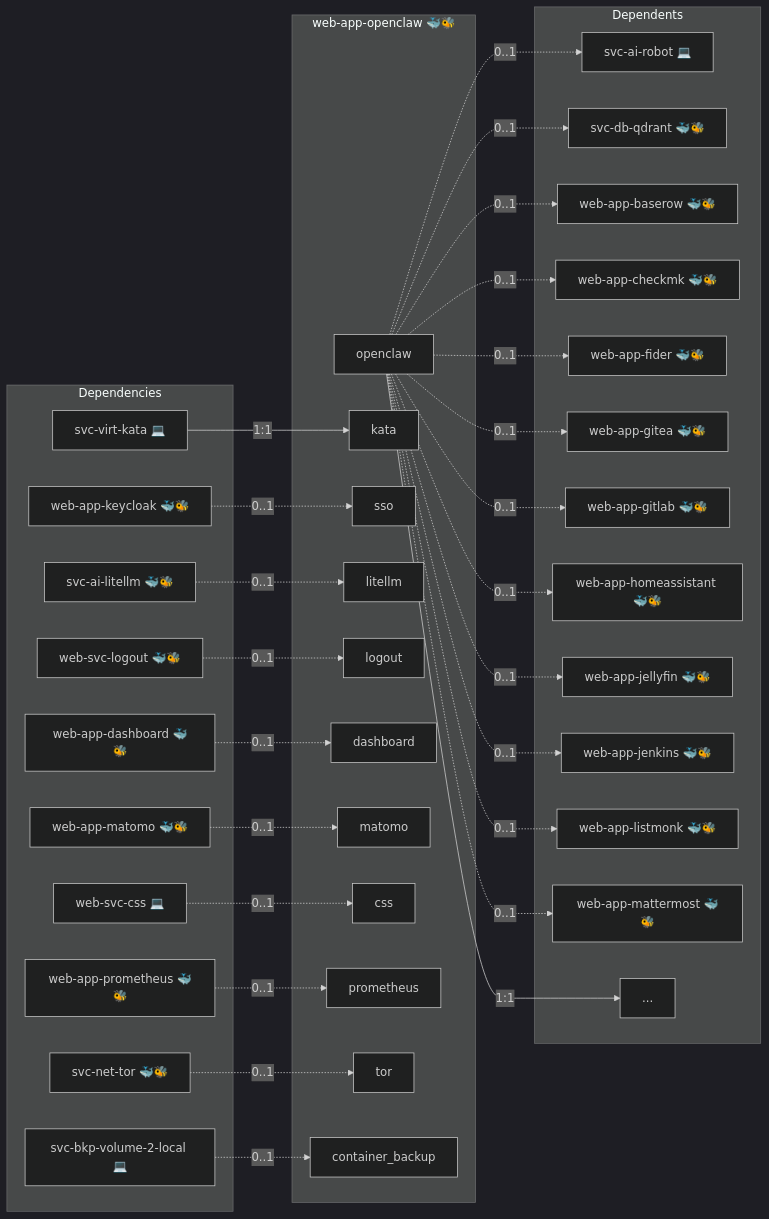
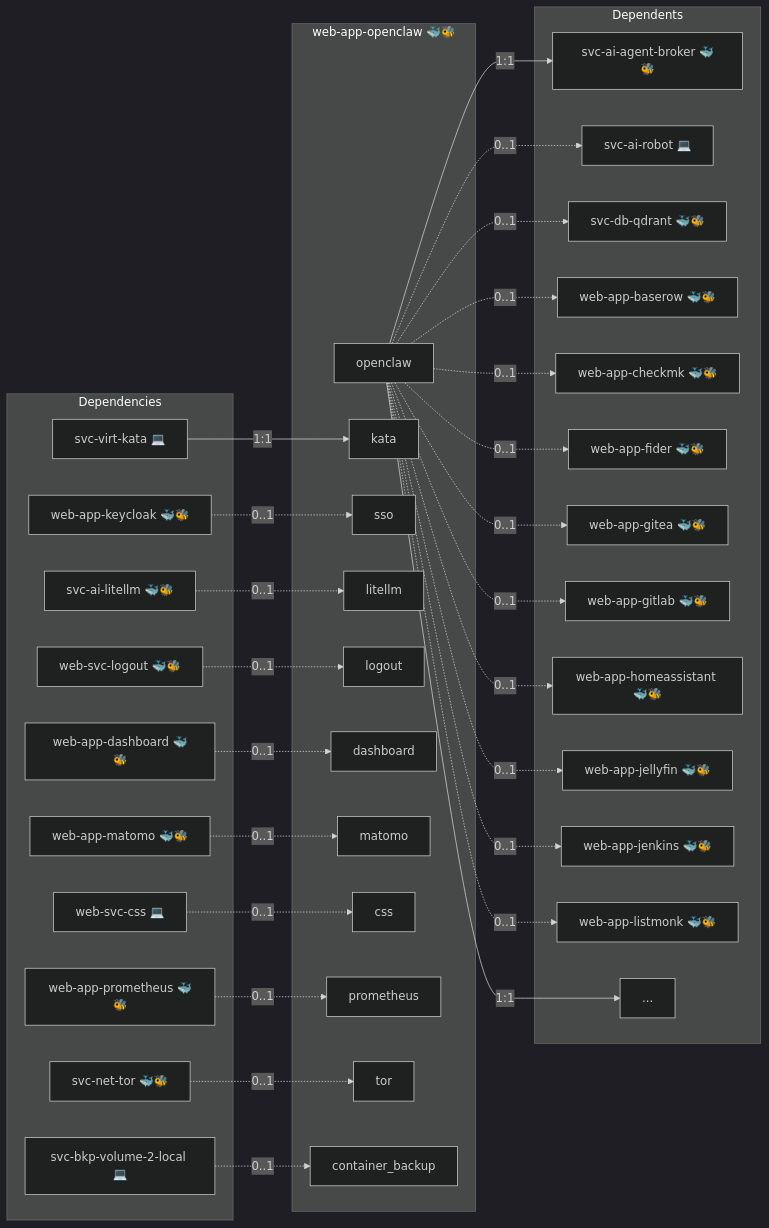
The diagram in roles/web-app-openclaw/README.md (infinito-nexus/core), drawn with Mermaid (dark theme) before and after one commit. The commit also changed 5 other files, not shown here.

````diff
--- a/roles/web-app-openclaw/README.md
+++ b/roles/web-app-openclaw/README.md
@@ -15,66 +15,66 @@
 ```mermaid
 flowchart LR
     subgraph deps [Dependencies]
         dep_svc_ai_litellm["svc-ai-litellm 🐳🐝"]
         dep_svc_bkp_volume_2_local["svc-bkp-volume-2-local 💻"]
         dep_svc_net_tor["svc-net-tor 🐳🐝"]
         dep_svc_virt_kata["svc-virt-kata 💻"]
         dep_web_app_dashboard["web-app-dashboard 🐳🐝"]
         dep_web_app_keycloak["web-app-keycloak 🐳🐝"]
         dep_web_app_matomo["web-app-matomo 🐳🐝"]
         dep_web_app_prometheus["web-app-prometheus 🐳🐝"]
         dep_web_svc_css["web-svc-css 💻"]
         dep_web_svc_logout["web-svc-logout 🐳🐝"]
     end
     subgraph role [web-app-openclaw 🐳🐝]
         svc_openclaw["openclaw"]
         svc_kata["kata"]
         svc_sso["sso"]
         svc_litellm["litellm"]
         svc_logout["logout"]
         svc_dashboard["dashboard"]
         svc_matomo["matomo"]
         svc_css["css"]
         svc_prometheus["prometheus"]
         svc_tor["tor"]
         svc_container_backup["container_backup"]
     end
     subgraph dependents [Dependents]
+        dpt_svc_ai_agent_broker["svc-ai-agent-broker 🐳🐝"]
         dpt_svc_ai_robot["svc-ai-robot 💻"]
         dpt_svc_db_qdrant["svc-db-qdrant 🐳🐝"]
         dpt_web_app_baserow["web-app-baserow 🐳🐝"]
         dpt_web_app_checkmk["web-app-checkmk 🐳🐝"]
         dpt_web_app_fider["web-app-fider 🐳🐝"]
         dpt_web_app_gitea["web-app-gitea 🐳🐝"]
         dpt_web_app_gitlab["web-app-gitlab 🐳🐝"]
         dpt_web_app_homeassistant["web-app-homeassistant 🐳🐝"]
         dpt_web_app_jellyfin["web-app-jellyfin 🐳🐝"]
         dpt_web_app_jenkins["web-app-jenkins 🐳🐝"]
         dpt_web_app_listmonk["web-app-listmonk 🐳🐝"]
-        dpt_web_app_mattermost["web-app-mattermost 🐳🐝"]
         dpt_more["..."]
     end
     dep_svc_ai_litellm -. "0..1" .-> svc_litellm
     dep_svc_bkp_volume_2_local -. "0..1" .-> svc_container_backup
     dep_svc_net_tor -. "0..1" .-> svc_tor
     dep_svc_virt_kata -- "1:1" --> svc_kata
     dep_web_app_dashboard -. "0..1" .-> svc_dashboard
     dep_web_app_keycloak -. "0..1" .-> svc_sso
     dep_web_app_matomo -. "0..1" .-> svc_matomo
     dep_web_app_prometheus -. "0..1" .-> svc_prometheus
     dep_web_svc_css -. "0..1" .-> svc_css
     dep_web_svc_logout -. "0..1" .-> svc_logout
     svc_openclaw -- "1:1" --> dpt_more
+    svc_openclaw -- "1:1" --> dpt_svc_ai_agent_broker
     svc_openclaw -. "0..1" .-> dpt_svc_ai_robot
     svc_openclaw -. "0..1" .-> dpt_svc_db_qdrant
     svc_openclaw -. "0..1" .-> dpt_web_app_baserow
     svc_openclaw -. "0..1" .-> dpt_web_app_checkmk
     svc_openclaw -. "0..1" .-> dpt_web_app_fider
     svc_openclaw -. "0..1" .-> dpt_web_app_gitea
     svc_openclaw -. "0..1" .-> dpt_web_app_gitlab
     svc_openclaw -. "0..1" .-> dpt_web_app_homeassistant
     svc_openclaw -. "0..1" .-> dpt_web_app_jellyfin
     svc_openclaw -. "0..1" .-> dpt_web_app_jenkins
     svc_openclaw -. "0..1" .-> dpt_web_app_listmonk
-    svc_openclaw -. "0..1" .-> dpt_web_app_mattermost
 ```
````
